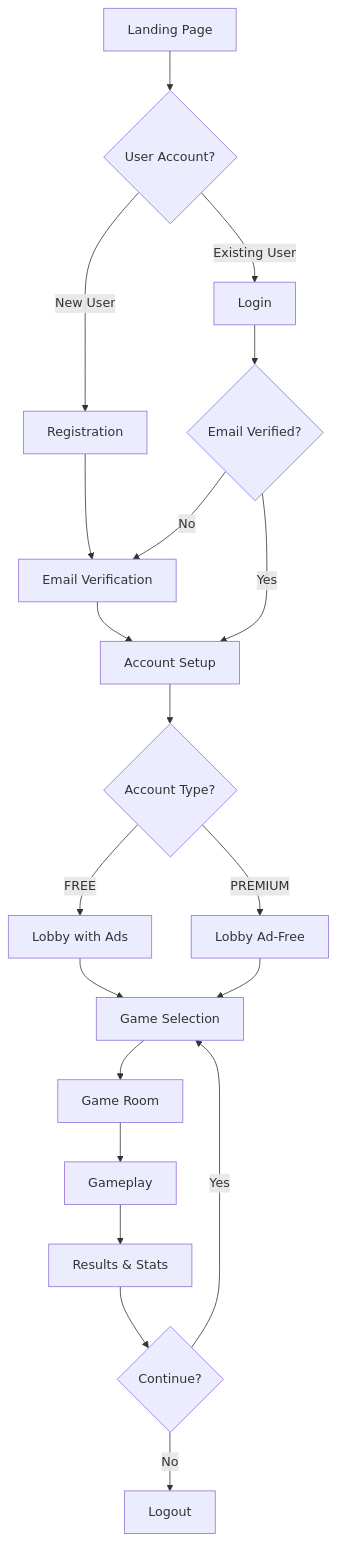
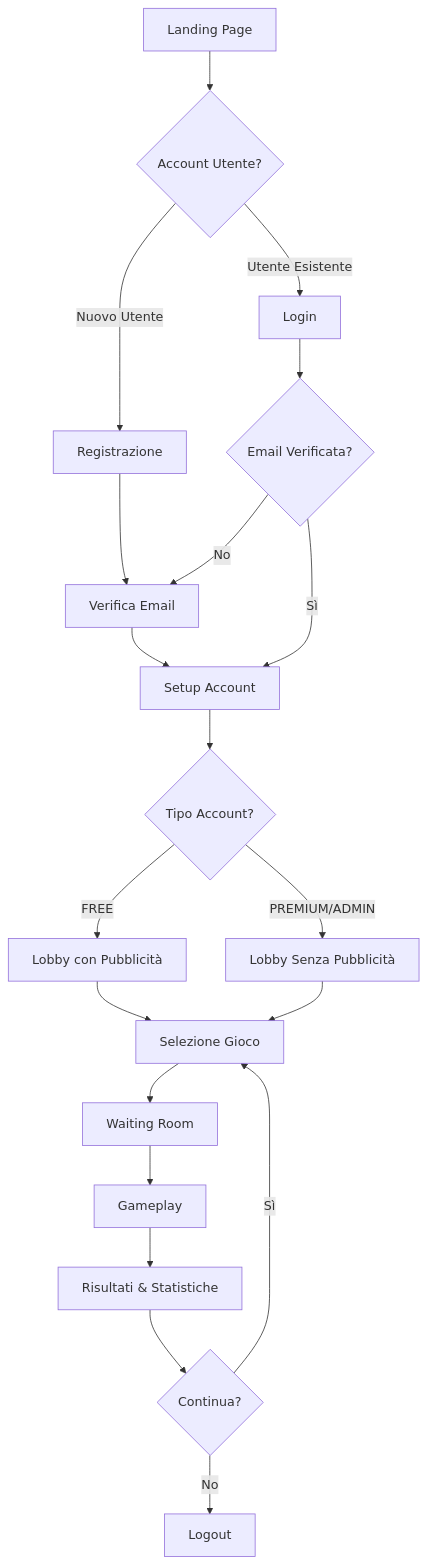
One commit to Polimar/brainbrawler changed the diagram in BRAINBRAWLER_UX_EXPERIENCE.md. Above: the diagram before and after it, drawn with Mermaid. The commit also changed other lines of this file and 18 other files, not shown here.

````diff
--- a/BRAINBRAWLER_UX_EXPERIENCE.md
+++ b/BRAINBRAWLER_UX_EXPERIENCE.md
@@ -10,22 +10,22 @@
 ```mermaid
 graph TD
-    A[Landing Page] --> B{User Account?}
-    B -->|New User| C[Registration]
-    B -->|Existing User| D[Login]
-    C --> E[Email Verification]
-    D --> F{Email Verified?}
+    A[Landing Page] --> B{Account Utente?}
+    B -->|Nuovo Utente| C[Registrazione]
+    B -->|Utente Esistente| D[Login]
+    C --> E[Verifica Email]
+    D --> F{Email Verificata?}
     F -->|No| E
-    F -->|Yes| G[Account Setup]
+    F -->|Sì| G[Setup Account]
     E --> G
-    G --> H{Account Type?}
-    H -->|FREE| I[Lobby with Ads]
-    H -->|PREMIUM| J[Lobby Ad-Free]
-    I --> K[Game Selection]
+    G --> H{Tipo Account?}
+    H -->|FREE| I[Lobby con Pubblicità]
+    H -->|PREMIUM/ADMIN| J[Lobby Senza Pubblicità]
+    I --> K[Selezione Gioco]
     J --> K
-    K --> L[Game Room]
+    K --> L[Waiting Room]
     L --> M[Gameplay]
-    M --> N[Results & Stats]
-    N --> O{Continue?}
-    O -->|Yes| K
+    M --> N[Risultati & Statistiche]
+    N --> O{Continua?}
+    O -->|Sì| K
     O -->|No| P[Logout]
 ```
````
